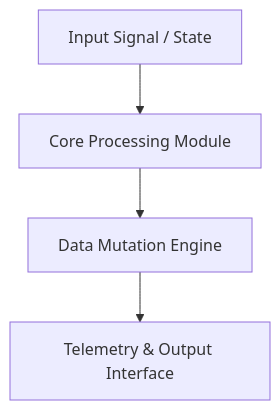
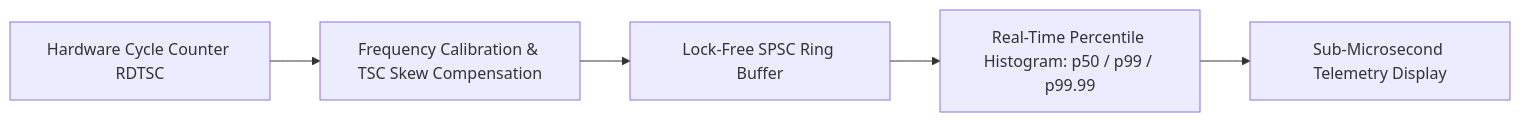
One commit to Jirnyak/Timertia changed the diagram in README.md. Above: the diagram before and after it, drawn with Mermaid. The commit also changed other lines of this file, not shown here.

Commit message:
docs(readme): deploy bespoke technical specification, Mermaid pipeline and syndicate attribution

````diff
--- a/README.md
+++ b/README.md
@@ -50,6 +14,7 @@
 ```mermaid
-graph TD
-    A[Input Signal / State] --> B[Core Processing Module]
-    B --> C[Data Mutation Engine]
-    C --> D[Telemetry & Output Interface]
+graph LR
+    CPU[Hardware Cycle Counter RDTSC] --> Calib[Frequency Calibration & TSC Skew Compensation]
+    Calib --> Ring[Lock-Free SPSC Ring Buffer]
+    Ring --> Stat[Real-Time Percentile Histogram: p50 / p99 / p99.99]
+    Stat --> HUD[Sub-Microsecond Telemetry Display]
 ```
````
